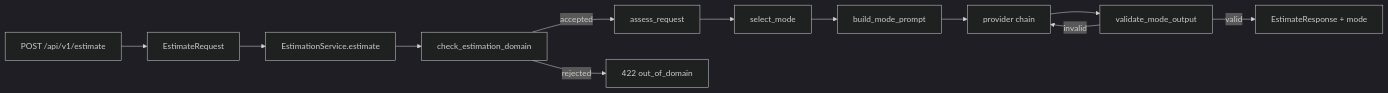
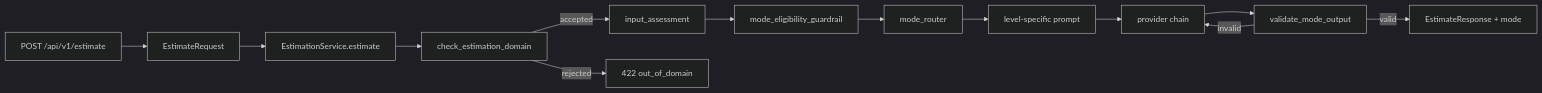
Before and after one commit to povedica/master-ia-lidr: the diagram in proyectos/estimador-cag/docs/work-items/feature-adaptive-estimation-engine.md, drawn with Mermaid (dark theme). The commit also changed other lines of this file and 2 other files, not shown here.

First line of the commit message:
docs(estimador-cag): sync prompts layout and prompt_version v2

````diff
--- a/proyectos/estimador-cag/docs/work-items/feature-adaptive-estimation-engine.md
+++ b/proyectos/estimador-cag/docs/work-items/feature-adaptive-estimation-engine.md
@@ -125,14 +193,15 @@
 ```mermaid
 flowchart LR
     Req[POST /api/v1/estimate] --> Schema[EstimateRequest]
     Schema --> Service[EstimationService.estimate]
     Service --> Guard[check_estimation_domain]
-    Guard -->|accepted| Assess[assess_request]
-    Assess --> Route[select_mode]
-    Route --> Prompt[build_mode_prompt]
+    Guard -->|accepted| Assess[input_assessment]
+    Assess --> Eligibility[mode_eligibility_guardrail]
+    Eligibility --> Route[mode_router]
+    Route --> Prompt[level-specific prompt]
     Prompt --> Chain[provider chain]
     Chain --> Validate[validate_mode_output]
     Validate -->|valid| Result[EstimateResponse + mode]
     Validate -->|invalid| Chain
     Guard -->|rejected| Http422[422 out_of_domain]
 ```
````
